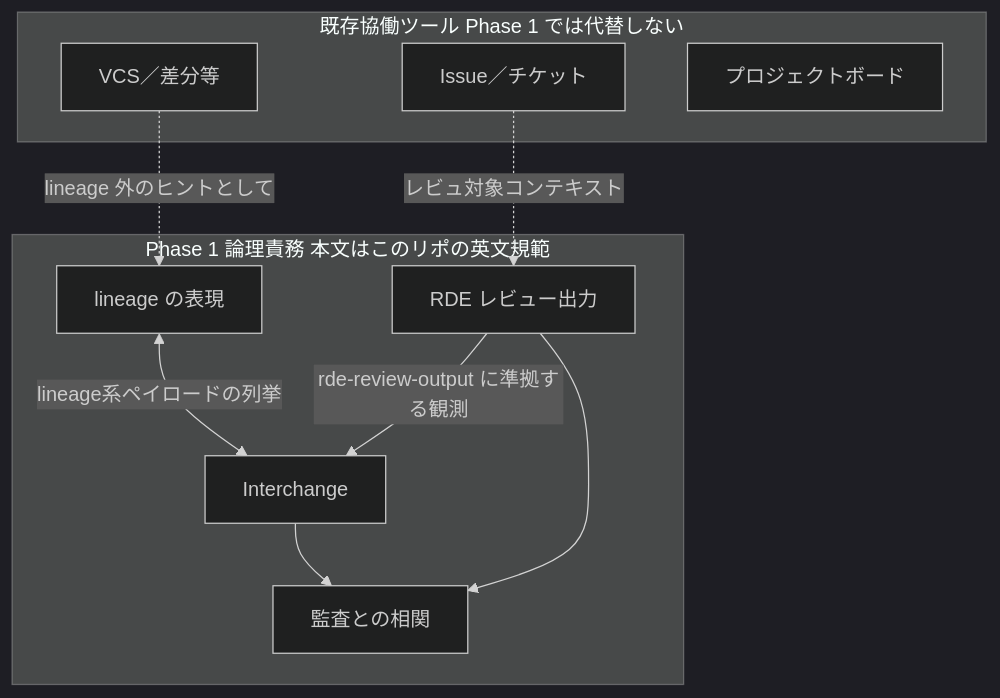
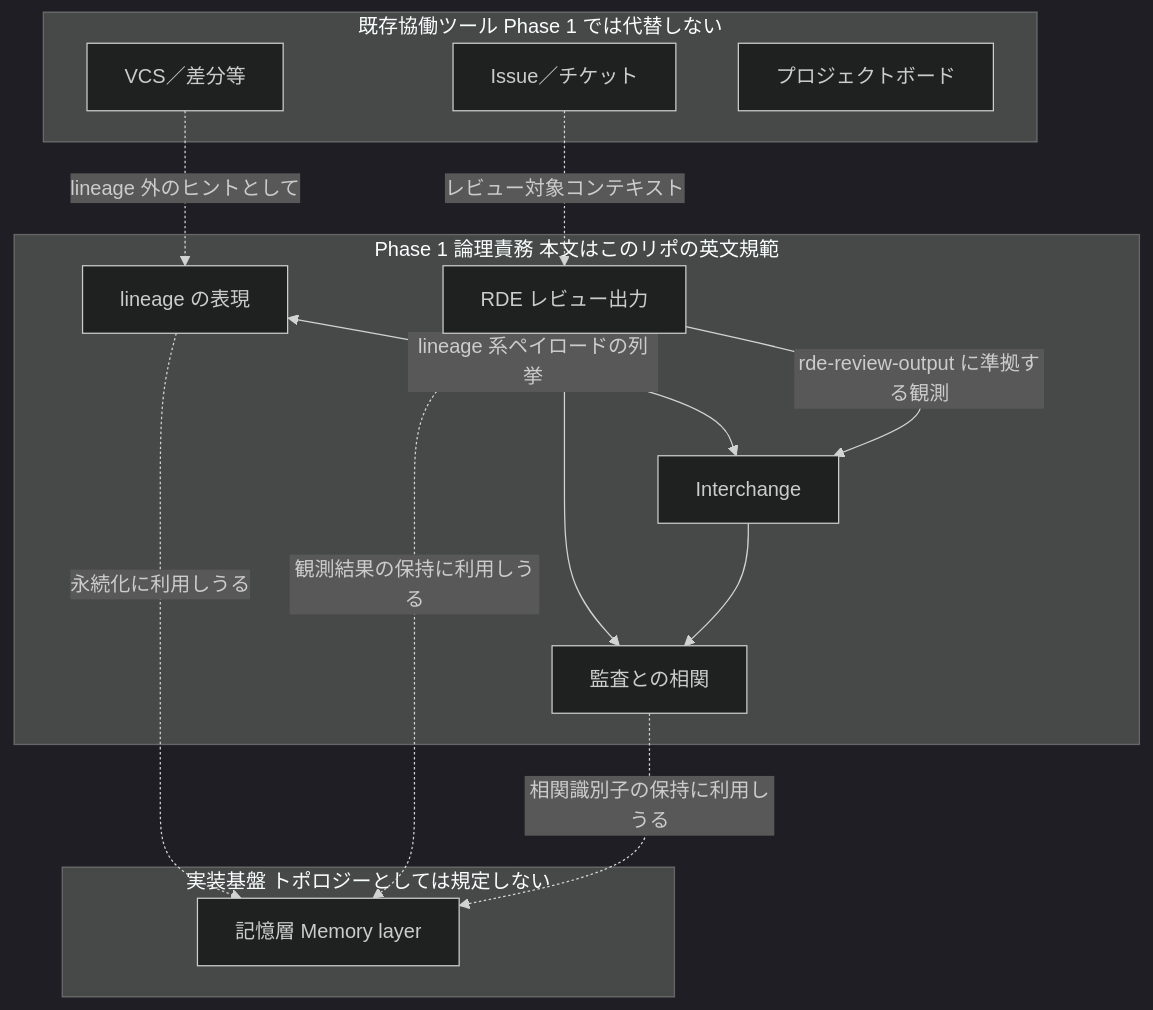
The first of 2 diagrams in docs/architecture_ja.md (zyx-corporation/kotonoha-spec), drawn with Mermaid (dark theme) before and after one commit. The commit also changed other lines of this file, not shown here.

Commit message:
docs: sync Japanese architecture companion (#15)

````diff
--- a/docs/architecture_ja.md
+++ b/docs/architecture_ja.md
@@ -19,23 +41,31 @@
 ```mermaid
-flowchart TB
+flowchart TD
     subgraph ext["既存協働ツール Phase 1 では代替しない"]
-        VCS[VCS／差分等]
-        ISS[Issue／チケット]
-        BRD[プロジェクトボード]
+        VCS["VCS／差分等"]
+        ISS["Issue／チケット"]
+        BRD["プロジェクトボード"]
     end
 
     subgraph p1["Phase 1 論理責務 本文はこのリポの英文規範"]
-        LR[lineage の表現]
-        RDE[RDE レビュー出力]
-        IX[Interchange]
-        AUD[監査との相関]
+        LR["lineage の表現"]
+        RDE["RDE レビュー出力"]
+        IX["Interchange"]
+        AUD["監査との相関"]
     end
 
-    VCS -. lineage 外のヒントとして .-> LR
-    ISS -. レビュ対象コンテキスト .-> RDE
+    subgraph impl["実装基盤 トポロジーとしては規定しない"]
+        MEM["記憶層 Memory layer"]
+    end
 
-    LR <-->|lineage系ペイロードの列挙| IX
-    RDE -->|rde-review-output に準拠する観測| IX
+    VCS -. "lineage 外のヒントとして" .-> LR
+    ISS -. "レビュー対象コンテキスト" .-> RDE
+
+    LR -. "永続化に利用しうる" .-> MEM
+    RDE -. "観測結果の保持に利用しうる" .-> MEM
+    AUD -. "相関識別子の保持に利用しうる" .-> MEM
+
+    LR <-->|"lineage 系ペイロードの列挙"| IX
+    RDE -->|"rde-review-output に準拠する観測"| IX
     RDE --> AUD
     IX --> AUD
 ```
````
